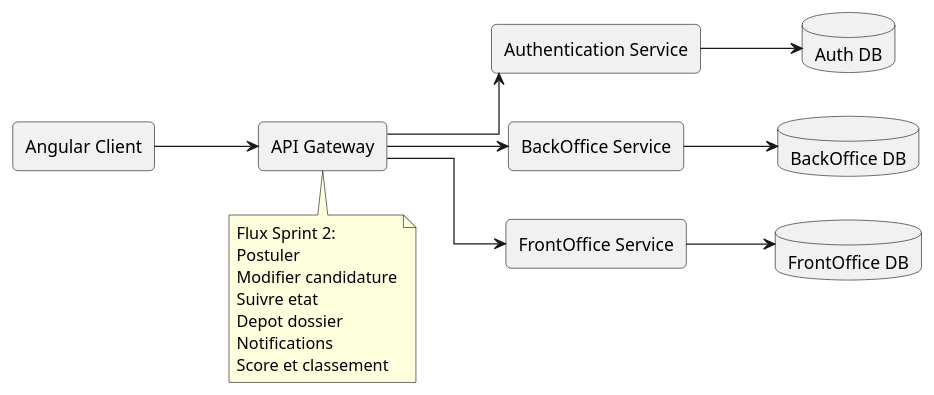
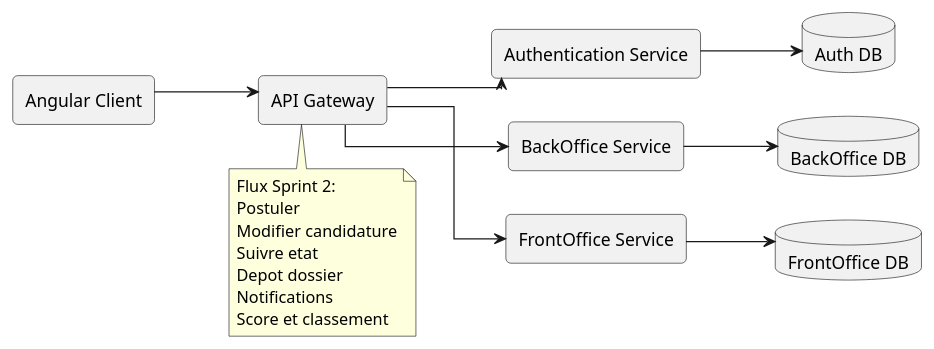
One commit to dutryJll/PFE-Project changed the diagram in isimm-platform/docs/diagrams/platform-microservice-architecture.puml. Above: the diagram before and after it, drawn with PlantUML. The commit also changed 102 other files, not shown here.

```diff
--- a/isimm-platform/docs/diagrams/platform-microservice-architecture.puml
+++ b/isimm-platform/docs/diagrams/platform-microservice-architecture.puml
@@ -1,39 +1,44 @@
 @startuml
 left to right direction
 skinparam shadowing false
 skinparam linetype ortho
 skinparam rectangle {
 	RoundCorner 8
 }
 
 rectangle "Angular Client" as FE
 rectangle "API Gateway" as G
 
 rectangle "Authentication Service" as AUTH
 rectangle "BackOffice Service" as BACK
 rectangle "FrontOffice Service" as FRONT
 
 database "Auth DB" as DB_AUTH
 database "BackOffice DB" as DB_BACK
 database "FrontOffice DB" as DB_FRONT
+
+FE -right[hidden]-> G
+G -right[hidden]-> AUTH
+AUTH -right[hidden]-> BACK
+BACK -right[hidden]-> FRONT
 
 FE --> G
 G --> AUTH
 G --> BACK
 G --> FRONT
 
 AUTH --> DB_AUTH
 BACK --> DB_BACK
 FRONT --> DB_FRONT
 
 note bottom of G
 Flux Sprint 2:
 Postuler
 Modifier candidature
 Suivre etat
 Depot dossier
 Notifications
 Score et classement
 end note
 
 @enduml
```
